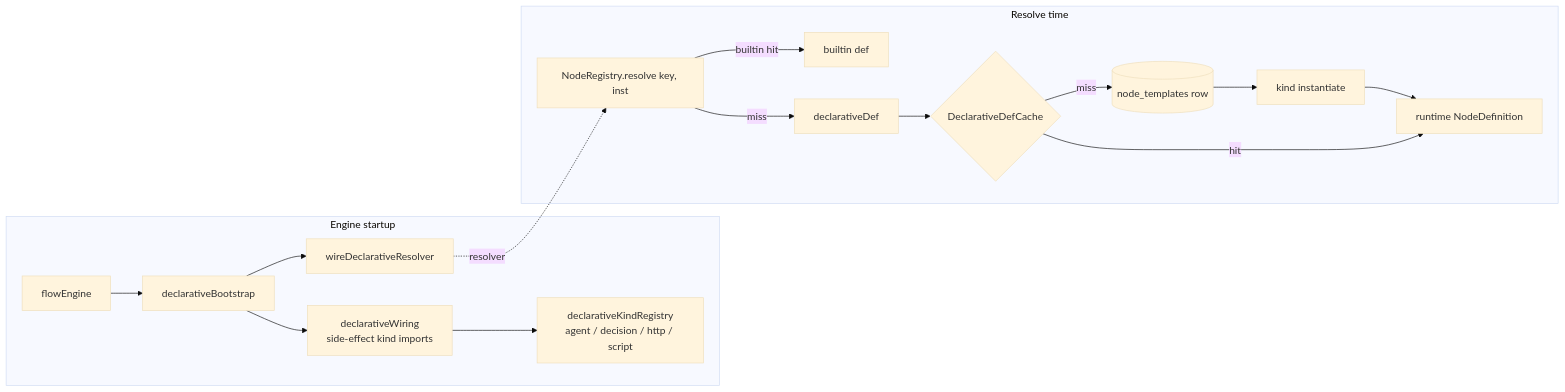
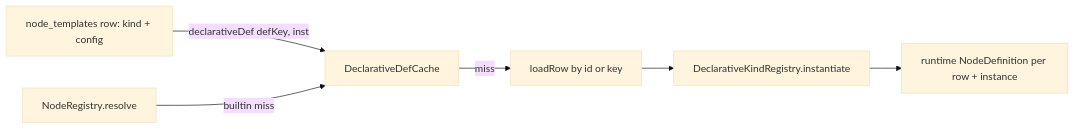
One commit to CodeThatBreak/ship changed the diagram in docs/architecture/declarative-nodes.md. Above: the diagram before and after it, drawn with Mermaid (base theme). The commit also changed other lines of this file and 3 other files, not shown here.

````diff
--- a/docs/architecture/declarative-nodes.md
+++ b/docs/architecture/declarative-nodes.md
@@ -23,19 +19,8 @@
 ```mermaid
 flowchart LR
-  subgraph startup [Engine startup]
-    FE[flowEngine] --> BS[declarativeBootstrap]
-    BS --> W[declarativeWiring<br/>side-effect kind imports]
-    W --> KR[declarativeKindRegistry<br/>agent / decision / http / script]
-    BS --> WR[wireDeclarativeResolver]
-  end
-  subgraph resolve [Resolve time]
-    NR[NodeRegistry.resolve key, inst] -->|builtin hit| DEF1[builtin def]
-    NR -->|miss| DD[declarativeDef]
-    DD --> CACHE{DeclarativeDefCache}
-    CACHE -->|miss| ROW[(node_templates row)]
-    ROW --> KR2[kind instantiate]
-    KR2 --> DEF2[runtime NodeDefinition]
-    CACHE -->|hit| DEF2
-  end
-  WR -.resolver.-> NR
+  A[node_templates row: kind + config] -->|declarativeDef defKey, inst| B[DeclarativeDefCache]
+  B -->|miss| C[loadRow by id or key]
+  C --> D[DeclarativeKindRegistry.instantiate]
+  D --> E[runtime NodeDefinition per row + instance]
+  F[NodeRegistry.resolve] -->|builtin miss| B
 ```
````
